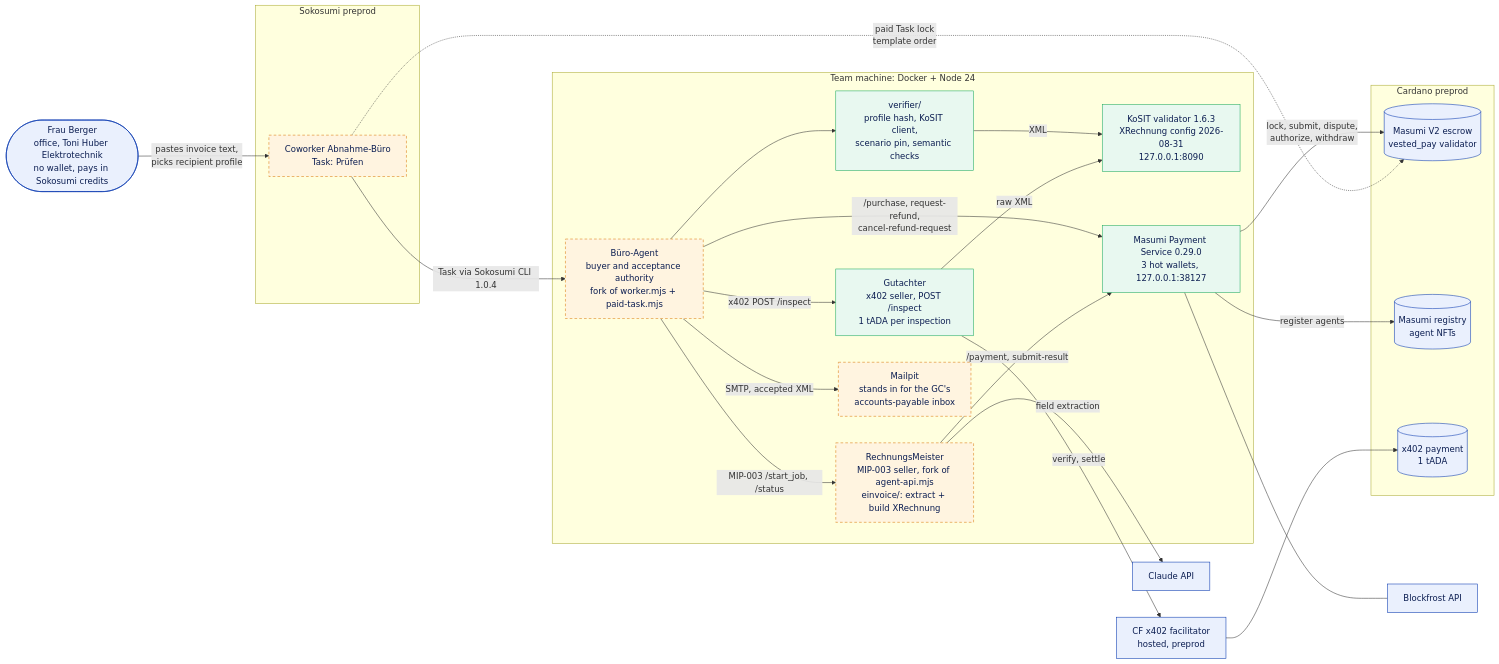
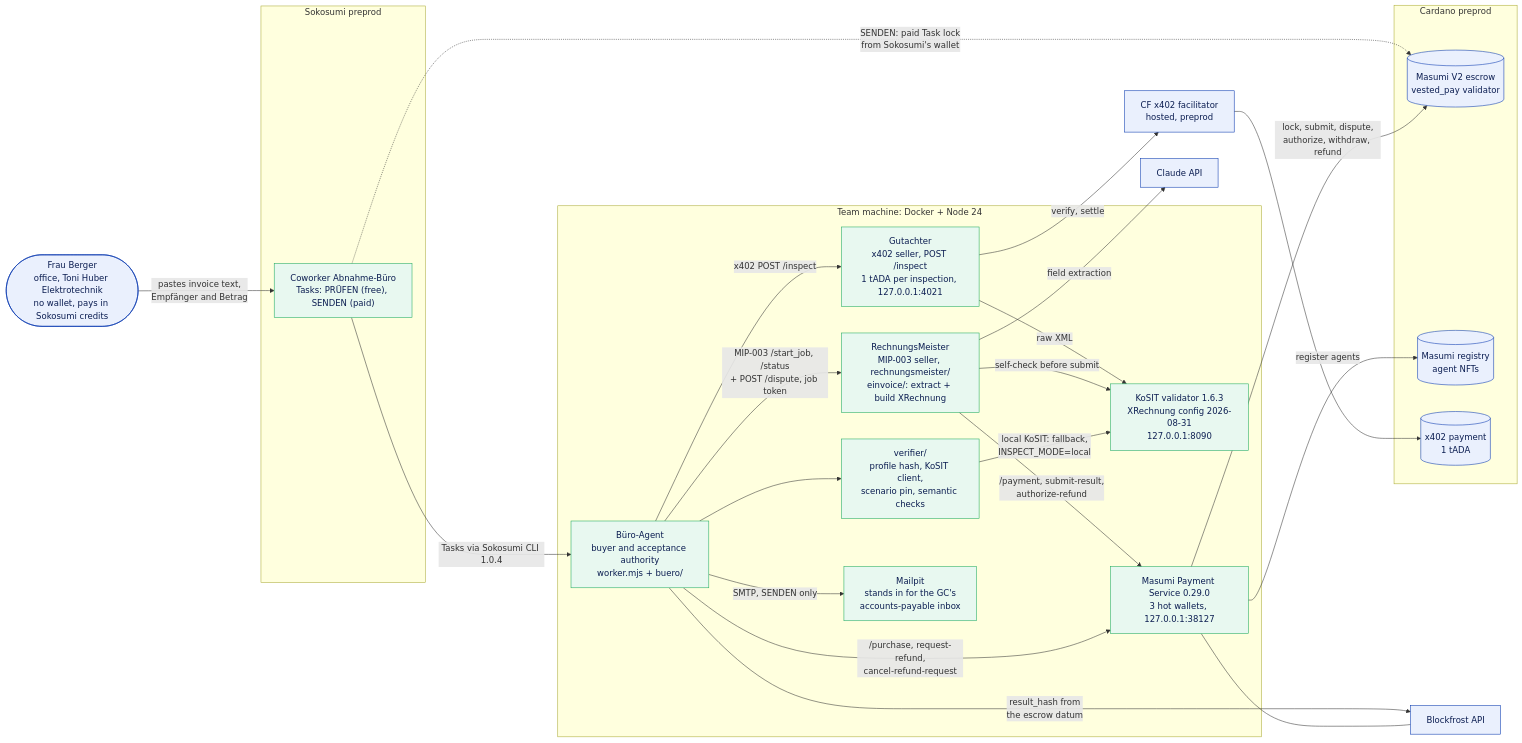
The first of 6 diagrams in README.md (omurbc/abnahme), drawn with Mermaid before and after one commit. The commit also changed other lines of this file and 1 other file, not shown here.

````diff
--- a/README.md
+++ b/README.md
@@ -123,53 +127,53 @@
 ```mermaid
 flowchart LR
     FB(["Frau Berger<br/>office, Toni Huber Elektrotechnik<br/>no wallet, pays in Sokosumi credits"])
 
     subgraph SOK["Sokosumi preprod"]
-        CW["Coworker Abnahme-Büro<br/>Task: Prüfen"]
+        CW["Coworker Abnahme-Büro<br/>Tasks: PRÜFEN (free), SENDEN (paid)"]
     end
 
     subgraph HOST["Team machine: Docker + Node 24"]
-        BA["Büro-Agent<br/>buyer and acceptance authority<br/>fork of worker.mjs + paid-task.mjs"]
+        BA["Büro-Agent<br/>buyer and acceptance authority<br/>worker.mjs + buero/"]
         VER["verifier/<br/>profile hash, KoSIT client,<br/>scenario pin, semantic checks"]
-        RM["RechnungsMeister<br/>MIP-003 seller, fork of agent-api.mjs<br/>einvoice/: extract + build XRechnung"]
-        GA["Gutachter<br/>x402 seller, POST /inspect<br/>1 tADA per inspection"]
+        RM["RechnungsMeister<br/>MIP-003 seller, rechnungsmeister/<br/>einvoice/: extract + build XRechnung"]
+        GA["Gutachter<br/>x402 seller, POST /inspect<br/>1 tADA per inspection, 127.0.0.1:4021"]
         KV["KoSIT validator 1.6.3<br/>XRechnung config 2026-08-31<br/>127.0.0.1:8090"]
         MPS["Masumi Payment Service 0.29.0<br/>3 hot wallets, 127.0.0.1:38127"]
         MP["Mailpit<br/>stands in for the GC's<br/>accounts-payable inbox"]
     end
 
     subgraph CARDANO["Cardano preprod"]
         ESC[("Masumi V2 escrow<br/>vested_pay validator")]
         REG[("Masumi registry<br/>agent NFTs")]
         XTX[("x402 payment<br/>1 tADA")]
     end
 
     BF["Blockfrost API"]
     FAC["CF x402 facilitator<br/>hosted, preprod"]
     LLM["Claude API"]
 
-    FB -->|"pastes invoice text,<br/>picks recipient profile"| CW
-    CW -->|"Task via Sokosumi CLI 1.0.4"| BA
+    FB -->|"pastes invoice text,<br/>Empfänger and Betrag"| CW
+    CW -->|"Tasks via Sokosumi CLI 1.0.4"| BA
     BA --> VER
-    VER -->|"XML"| KV
-    BA -->|"MIP-003 /start_job, /status"| RM
+    VER -->|"local KoSIT: fallback,<br/>INSPECT_MODE=local"| KV
+    BA -->|"MIP-003 /start_job, /status<br/>+ POST /dispute, job token"| RM
     RM -->|"field extraction"| LLM
+    RM -->|"self-check before submit"| KV
     BA -->|"/purchase, request-refund,<br/>cancel-refund-request"| MPS
-    RM -->|"/payment, submit-result"| MPS
-    MPS -->|"lock, submit, dispute,<br/>authorize, withdraw"| ESC
+    RM -->|"/payment, submit-result,<br/>authorize-refund"| MPS
+    MPS -->|"lock, submit, dispute,<br/>authorize, withdraw, refund"| ESC
     MPS -->|"register agents"| REG
     MPS --- BF
+    BA -->|"result_hash from<br/>the escrow datum"| BF
     BA -->|"x402 POST /inspect"| GA
     GA -->|"raw XML"| KV
     GA -->|"verify, settle"| FAC
     FAC --> XTX
-    BA -->|"SMTP, accepted XML"| MP
-    CW -.->|"paid Task lock<br/>template order"| ESC
+    BA -->|"SMTP, SENDEN only"| MP
+    CW -.->|"SENDEN: paid Task lock<br/>from Sokosumi's wallet"| ESC
 
     classDef built fill:#E8F8F0,stroke:#18A85C,color:#0B1D51
-    classDef wip fill:#FFF4E0,stroke:#D97706,color:#0B1D51,stroke-dasharray:5 4
     classDef ext fill:#EAF0FD,stroke:#0033AD,color:#0B1D51
-    class VER,KV,GA,MPS built
-    class BA,RM,CW,MP wip
+    class CW,BA,VER,RM,GA,KV,MPS,MP built
     class FB,ESC,REG,XTX,BF,FAC,LLM ext
 ```
````
